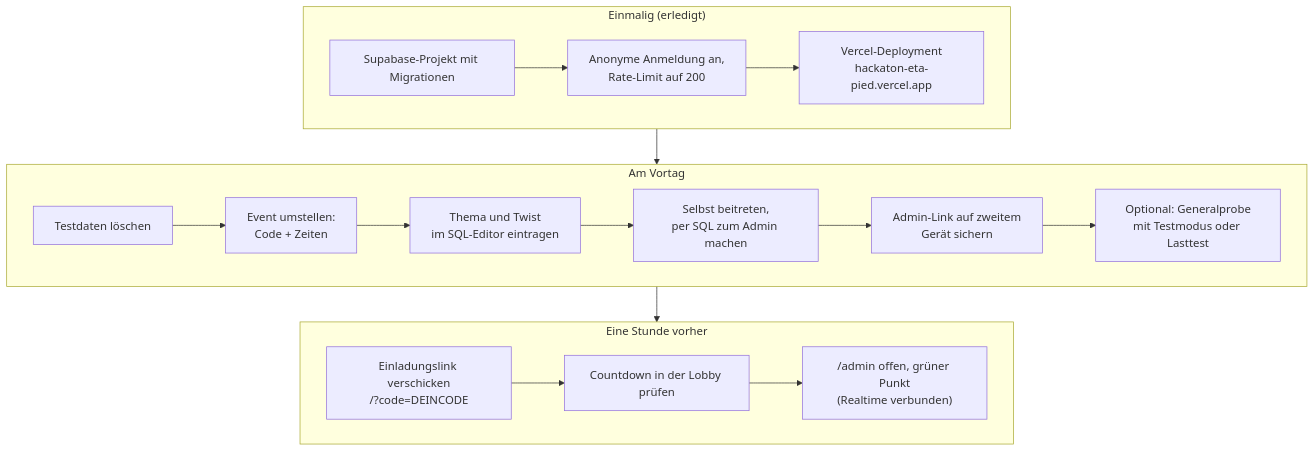
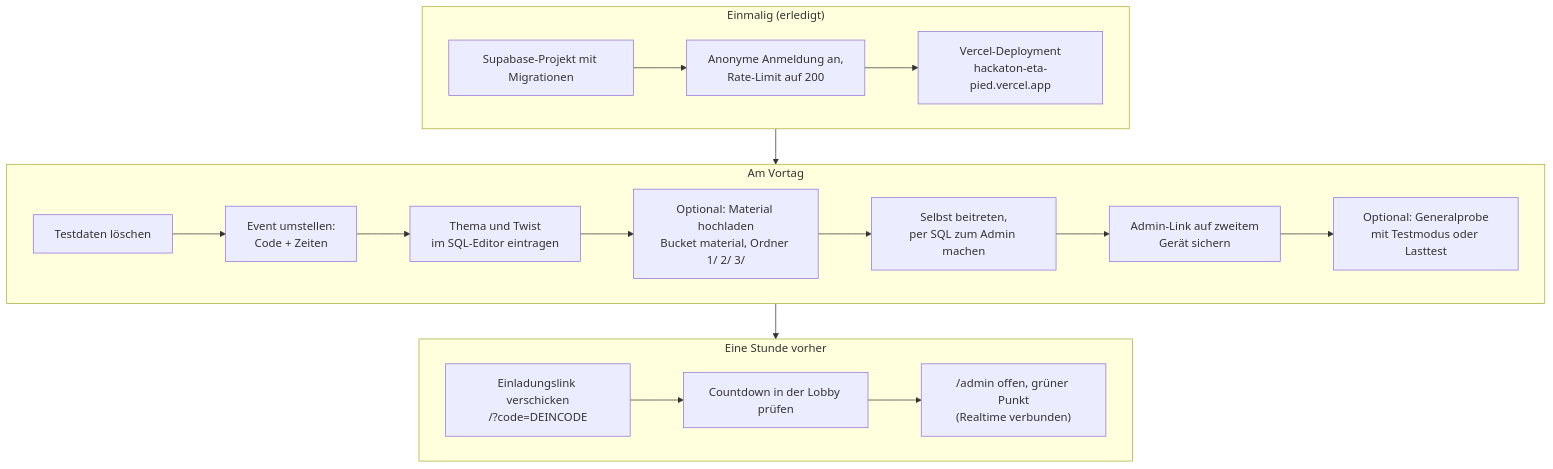
The first of 7 diagrams in docs/ablauf.md (Fynnulli/Hackaton), drawn with Mermaid before and after one commit. The commit also changed other lines of this file and 13 other files, not shown here.

First line of the commit message:
Material-Dateien pro Stufe mit Zeitsperre, Links im Stufentext, Admin-Vorschau

````diff
--- a/docs/ablauf.md
+++ b/docs/ablauf.md
@@ -24,22 +24,23 @@
 ```mermaid
 flowchart TD
     subgraph Einmalig["Einmalig (erledigt)"]
         A1[Supabase-Projekt mit Migrationen] --> A2[Anonyme Anmeldung an,<br/>Rate-Limit auf 200]
         A2 --> A3[Vercel-Deployment<br/>hackaton-eta-pied.vercel.app]
     end
 
     subgraph Vortag["Am Vortag"]
         B1[Testdaten löschen] --> B2[Event umstellen:<br/>Code + Zeiten]
         B2 --> B3[Thema und Twist<br/>im SQL-Editor eintragen]
-        B3 --> B4[Selbst beitreten,<br/>per SQL zum Admin machen]
+        B3 --> B3b[Optional: Material hochladen<br/>Bucket material, Ordner 1/ 2/ 3/]
+        B3b --> B4[Selbst beitreten,<br/>per SQL zum Admin machen]
         B4 --> B5[Admin-Link auf zweitem<br/>Gerät sichern]
         B5 --> B6[Optional: Generalprobe<br/>mit Testmodus oder Lasttest]
     end
 
     subgraph Stunde["Eine Stunde vorher"]
         C1[Einladungslink verschicken<br/>/?code=DEINCODE] --> C2[Countdown in der Lobby prüfen]
         C2 --> C3["/admin offen, grüner Punkt<br/>(Realtime verbunden)"]
     end
 
     Einmalig --> Vortag --> Stunde
 ```
````
